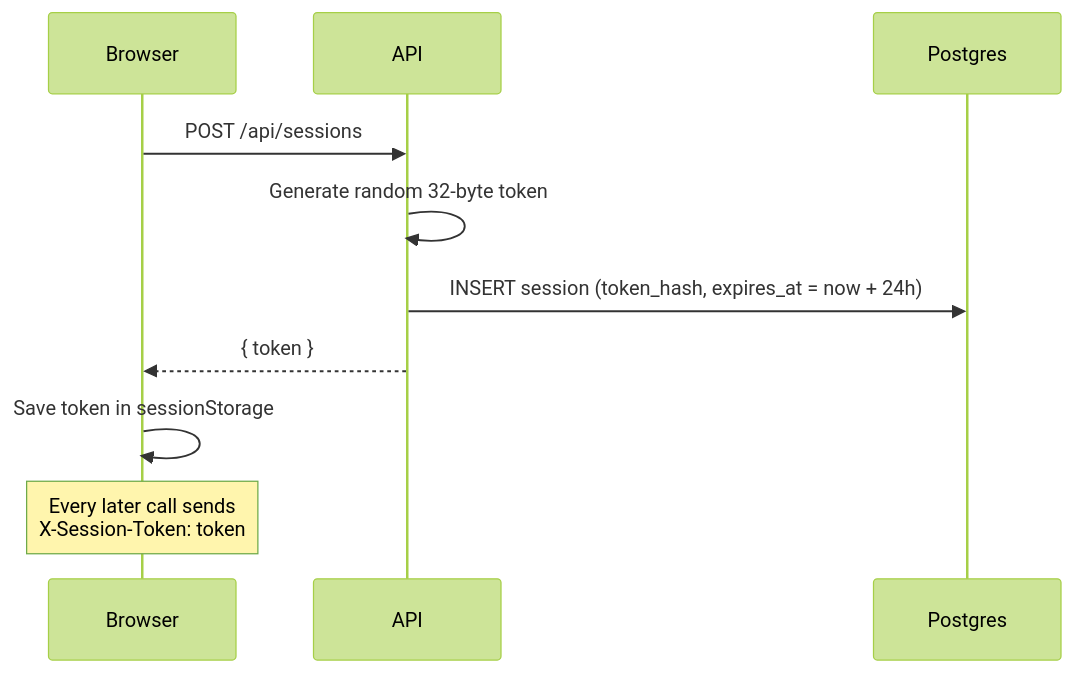
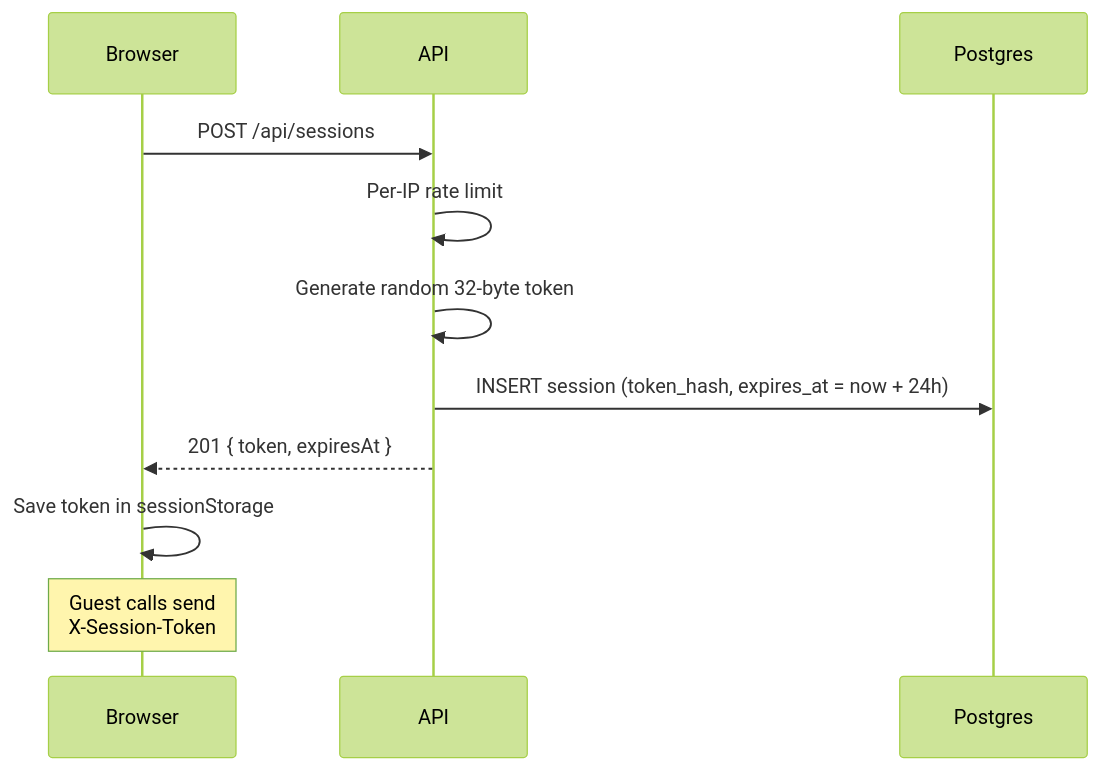
The second of 20 diagrams in docs/medi-scan-dataflow.md (SaqibCod/medi-scan), drawn with Mermaid (forest theme) before and after one commit. The commit also changed other lines of this file and 4 other files, not shown here.

````diff
--- a/docs/medi-scan-dataflow.md
+++ b/docs/medi-scan-dataflow.md
@@ -60,13 +97,14 @@
 ```mermaid
 sequenceDiagram
     participant B as Browser
     participant A as API
     participant D as Postgres
 
     B->>A: POST /api/sessions
+    A->>A: Per-IP rate limit
     A->>A: Generate random 32-byte token
     A->>D: INSERT session (token_hash, expires_at = now + 24h)
-    A-->>B: { token }
+    A-->>B: 201 { token, expiresAt }
     B->>B: Save token in sessionStorage
-    Note over B: Every later call sends<br/>X-Session-Token: token
+    Note over B: Guest calls send<br/>X-Session-Token
 ```
````
